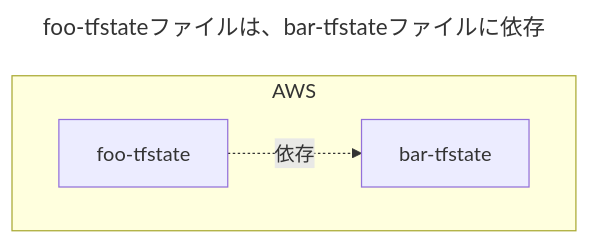
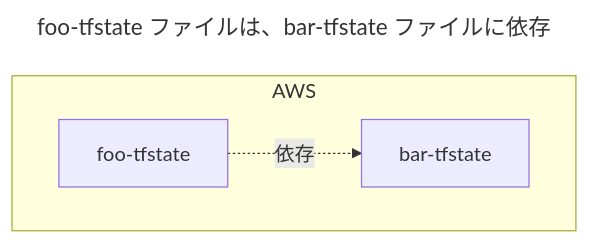
The second of 12 diagrams in dist/entry/2023/07/01/180257.md (hiroki-it/hatenablog), drawn with Mermaid before and after one commit. The commit also changed other lines of this file, not shown here.

````diff
--- a/dist/entry/2023/07/01/180257.md
+++ b/dist/entry/2023/07/01/180257.md
@@ -162,12 +162,12 @@
 ```mermaid
 ---
-title: foo-tfstateファイルは、bar-tfstateファイルに依存
+title: foo-tfstate ファイルは、bar-tfstate ファイルに依存
 ---
 %%{init:{'theme':'default'}}%%
 flowchart TD
     subgraph AWS
         foo["foo-tfstate"]
         bar["bar-tfstate"]
     end
     foo -. 依存 .-> bar
 ```
````
